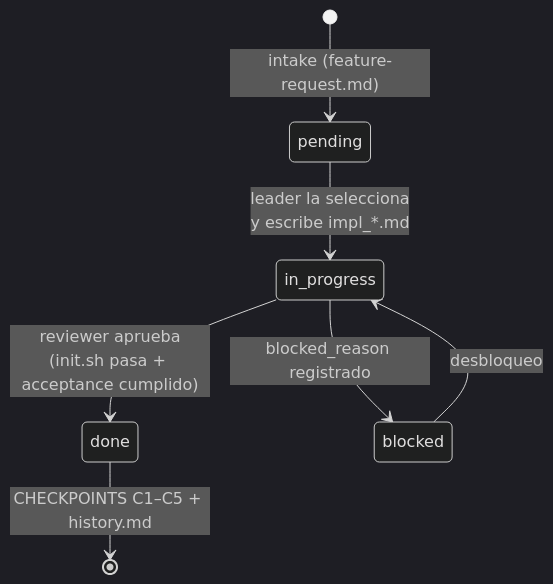
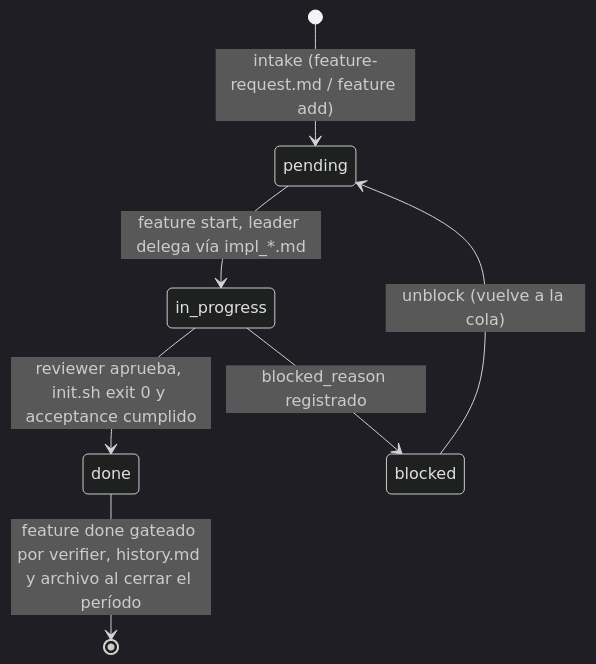
Before and after one commit to RodrigoMardones/handyman: the second of 2 diagrams in docs/mapa-entidades-negocio.md, drawn with Mermaid (dark theme). The commit also changed other lines of this file and 1 other file, not shown here.

````diff
--- a/docs/mapa-entidades-negocio.md
+++ b/docs/mapa-entidades-negocio.md
@@ -172,9 +247,9 @@
 ```mermaid
 stateDiagram-v2
-    [*] --> pending : intake (feature-request.md)
-    pending --> in_progress : leader la selecciona<br/>y escribe impl_*.md
-    in_progress --> done : reviewer aprueba<br/>(init.sh pasa + acceptance cumplido)
+    [*] --> pending : intake (feature-request.md / feature add)
+    pending --> in_progress : feature start, leader delega vía impl_*.md
+    in_progress --> done : reviewer aprueba, init.sh exit 0 y acceptance cumplido
     in_progress --> blocked : blocked_reason registrado
-    blocked --> in_progress : desbloqueo
-    done --> [*] : CHECKPOINTS C1–C5 + history.md
+    blocked --> pending : unblock (vuelve a la cola)
+    done --> [*] : feature done gateado por verifier, history.md y archivo al cerrar el período
 ```
````
